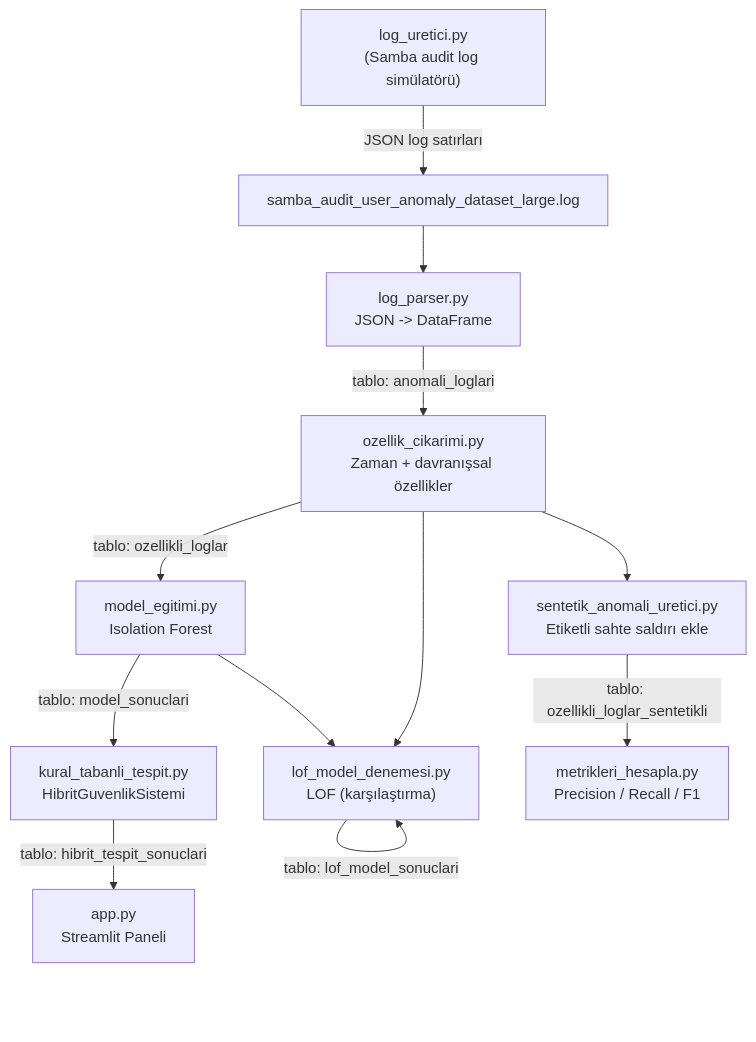
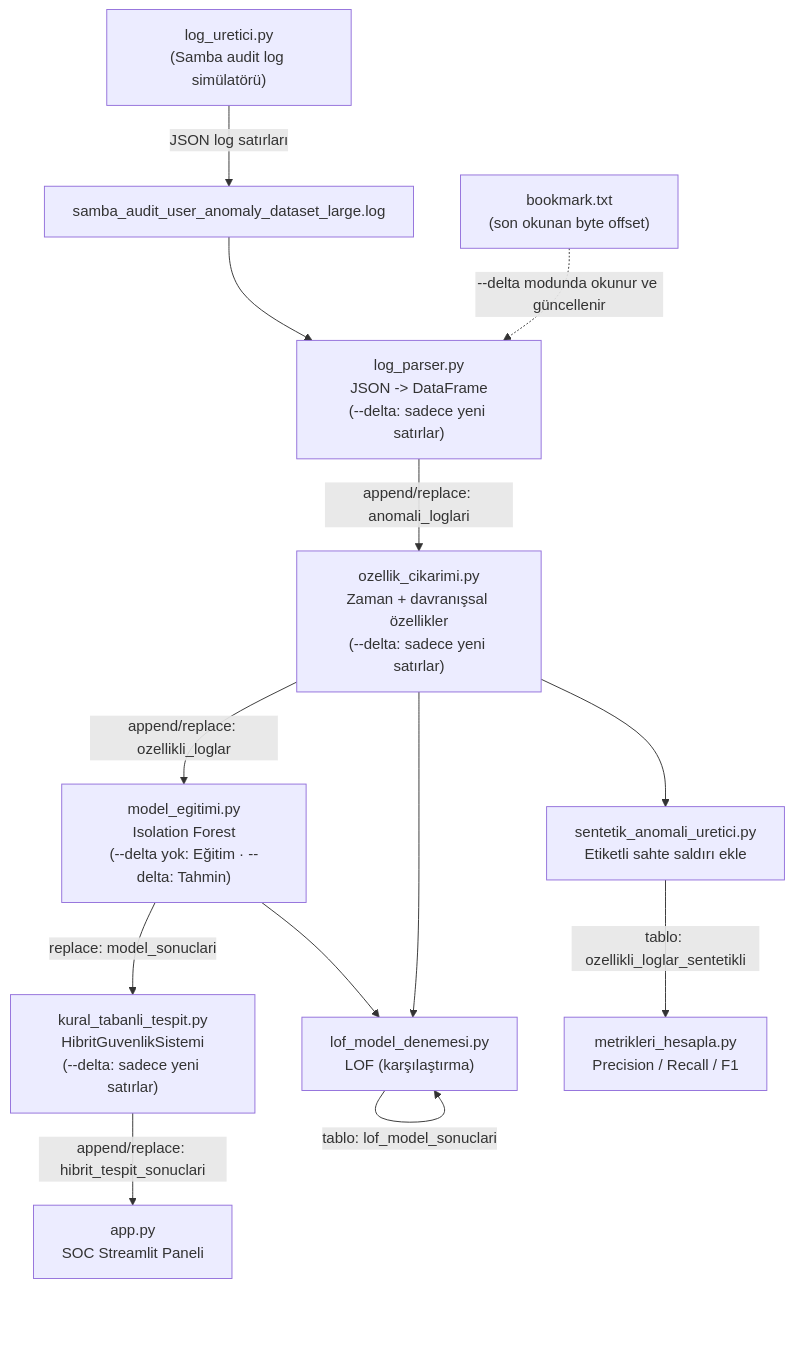
The diagram in README.md (dila0704/Anomali_Tespit), drawn with Mermaid before and after one commit. The commit also changed other lines of this file, not shown here.

First line of the commit message:
docs: README'yi delta okuma mimarisi ve SOC panel güncellemeleriyle senkronize et

````diff
--- a/README.md
+++ b/README.md
@@ -25,16 +35,17 @@
 ```mermaid
 flowchart TD
     A["log_uretici.py\n(Samba audit log simülatörü)"] -->|"JSON log satırları"| B["samba_audit_user_anomaly_dataset_large.log"]
-    B --> C["log_parser.py\nJSON -> DataFrame"]
-    C -->|"tablo: anomali_loglari"| D["ozellik_cikarimi.py\nZaman + davranışsal özellikler"]
-    D -->|"tablo: ozellikli_loglar"| E["model_egitimi.py\nIsolation Forest"]
-    E -->|"tablo: model_sonuclari"| F["kural_tabanli_tespit.py\nHibritGuvenlikSistemi"]
-    F -->|"tablo: hibrit_tespit_sonuclari"| G["app.py\nStreamlit Paneli"]
+    BM["bookmark.txt\n(son okunan byte offset)"] -.->|"--delta modunda okunur ve güncellenir"| C
+    B --> C["log_parser.py\nJSON -> DataFrame\n(--delta: sadece yeni satırlar)"]
+    C -->|"append/replace: anomali_loglari"| D["ozellik_cikarimi.py\nZaman + davranışsal özellikler\n(--delta: sadece yeni satırlar)"]
+    D -->|"append/replace: ozellikli_loglar"| E["model_egitimi.py\nIsolation Forest\n(--delta yok: Eğitim · --delta: Tahmin)"]
+    E -->|"replace: model_sonuclari"| F["kural_tabanli_tespit.py\nHibritGuvenlikSistemi\n(--delta: sadece yeni satırlar)"]
+    F -->|"append/replace: hibrit_tespit_sonuclari"| G["app.py\nSOC Streamlit Paneli"]
 
     D --> H["lof_model_denemesi.py\nLOF (karşılaştırma)"]
     E --> H
     H -->|"tablo: lof_model_sonuclari"| H
 
     D --> I["sentetik_anomali_uretici.py\nEtiketli sahte saldırı ekle"]
     I -->|"tablo: ozellikli_loglar_sentetikli"| J["metrikleri_hesapla.py\nPrecision / Recall / F1"]
 ```
````
